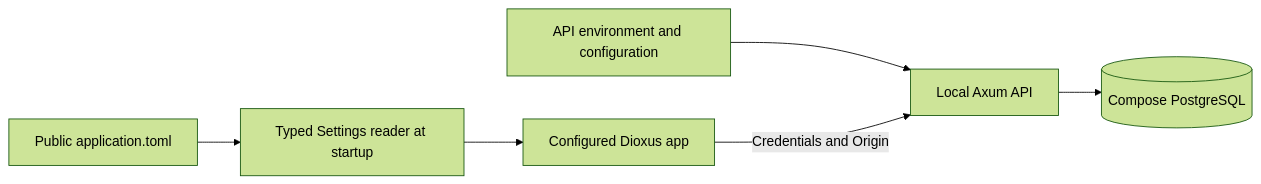
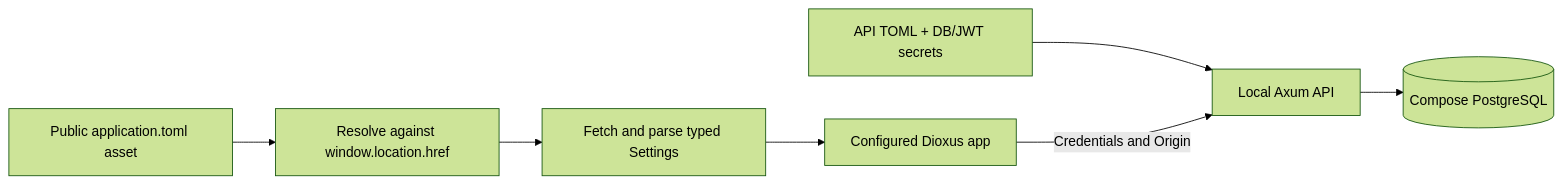
The first of 2 diagrams in docs/development.md (enzumeii/monolith), drawn with Mermaid (forest theme) before and after one commit. The commit also changed other lines of this file and 6 other files, not shown here.

````diff
--- a/docs/development.md
+++ b/docs/development.md
@@ -26,8 +26,9 @@
 ```mermaid
 flowchart LR
-    OP["API environment and configuration"] --> API["Local Axum API"]
-    FILE["Public application.toml"] --> LOAD["Typed Settings reader at startup"]
+    OP["API TOML + DB/JWT secrets"] --> API["Local Axum API"]
+    FILE["Public application.toml asset"] --> URL["Resolve against window.location.href"]
+    URL --> LOAD["Fetch and parse typed Settings"]
     LOAD --> UI["Configured Dioxus app"]
     UI -->|"Credentials and Origin"| API
     API --> PG[("Compose PostgreSQL")]
 ```
````
